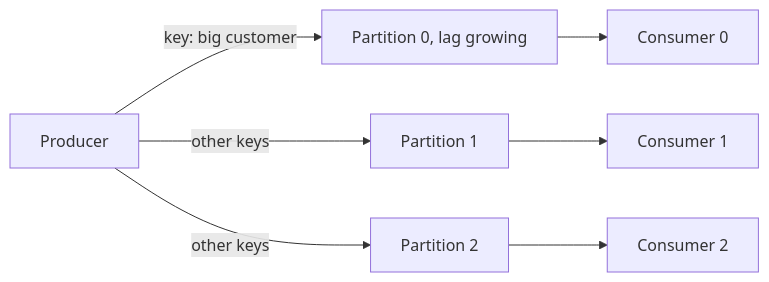
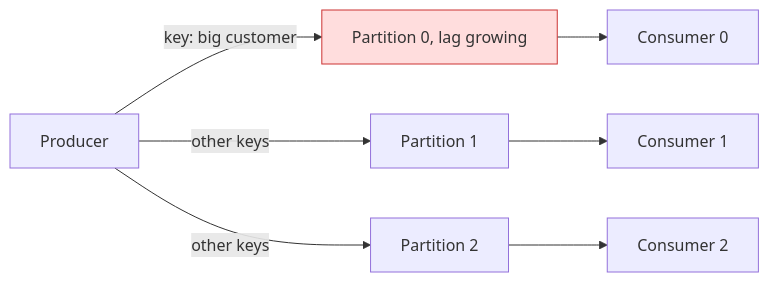
Before and after one commit to pravnyadv/dev-essentials: the fifth of 12 diagrams in site/authored/sd/async.md, drawn with Mermaid. The commit also changed other lines of this file and 66 other files, not shown here.

````diff
--- a/site/authored/sd/async.md
+++ b/site/authored/sd/async.md
@@ -146,10 +146,11 @@
 ```mermaid A hot key sends 40 percent of events to one partition
 flowchart LR
   P[Producer] -->|key: big customer| P0[Partition 0, lag growing]
   P -->|other keys| P1[Partition 1]
   P -->|other keys| P2[Partition 2]
   P0 --> C0[Consumer 0]
   P1 --> C1[Consumer 1]
   P2 --> C2[Consumer 2]
   class P0 bad
+  classDef bad fill:#fdd,stroke:#c33
 ```
````
